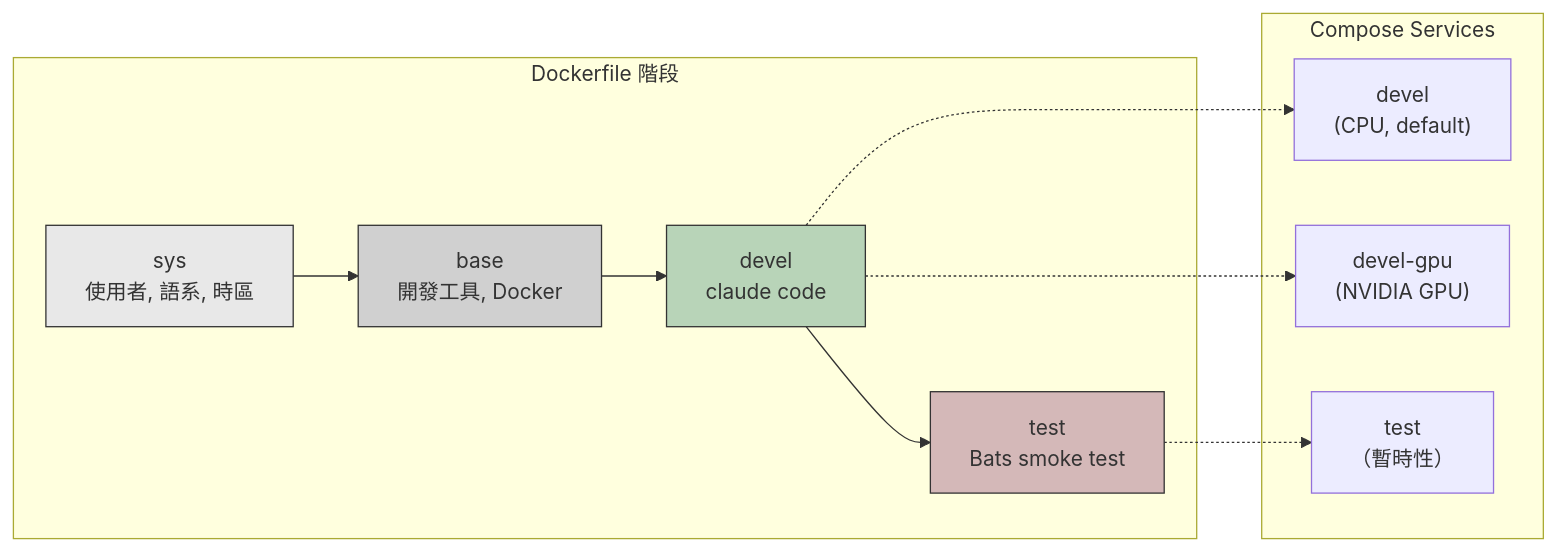
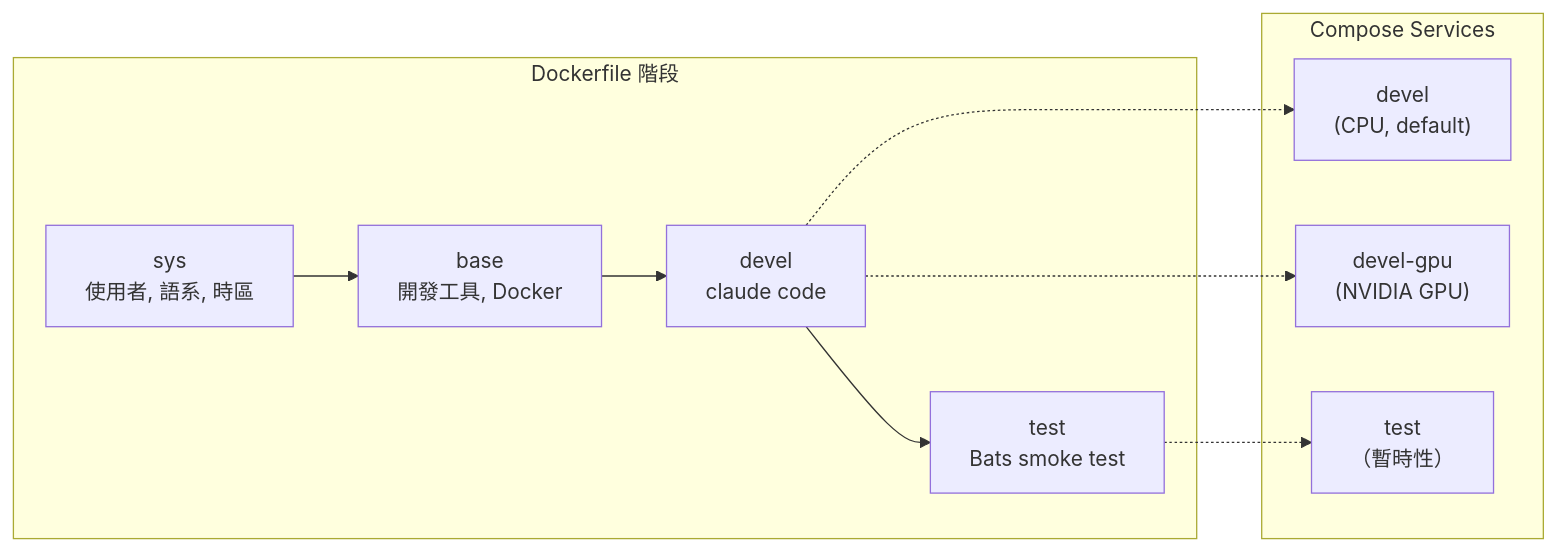
The second of 3 diagrams in doc/README.zh-TW.md (ycpss91255-docker/claude_code), drawn with Mermaid before and after one commit. The commit also changed other lines of this file and 3 other files, not shown here.

Commit message:
docs: remove mermaid background colors from architecture diagrams

````diff
--- a/doc/README.zh-TW.md
+++ b/doc/README.zh-TW.md
@@ -69,26 +67,22 @@
 ```mermaid
 graph LR
     subgraph "Dockerfile 階段"
         sys["sys<br/>使用者, 語系, 時區"]
         base["base<br/>開發工具, Docker"]
         devel["devel<br/>claude code"]
         test["test<br/>Bats smoke test"]
     end
 
     sys --> base --> devel --> test
 
     subgraph "Compose Services"
         S_CPU["devel<br/>(CPU, default)"]
         S_GPU["devel-gpu<br/>(NVIDIA GPU)"]
         S_Test["test<br/>（暫時性）"]
     end
 
     devel -.-> S_CPU
     devel -.-> S_GPU
     test -.-> S_Test
 
-    style sys fill:#e8e8e8,stroke:#333
-    style base fill:#d0d0d0,stroke:#333
-    style devel fill:#b8d4b8,stroke:#333
-    style test fill:#d4b8b8,stroke:#333
 ```
````
